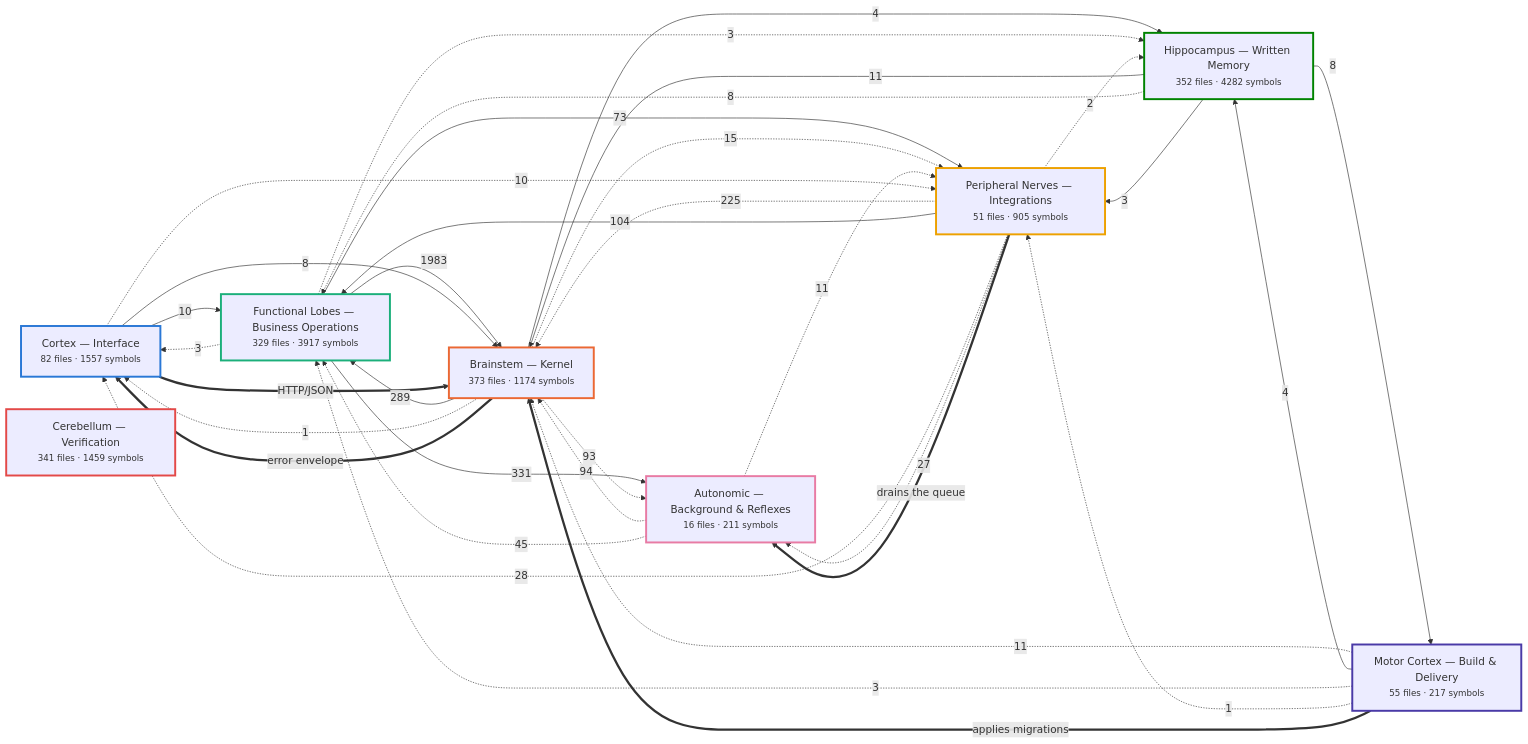
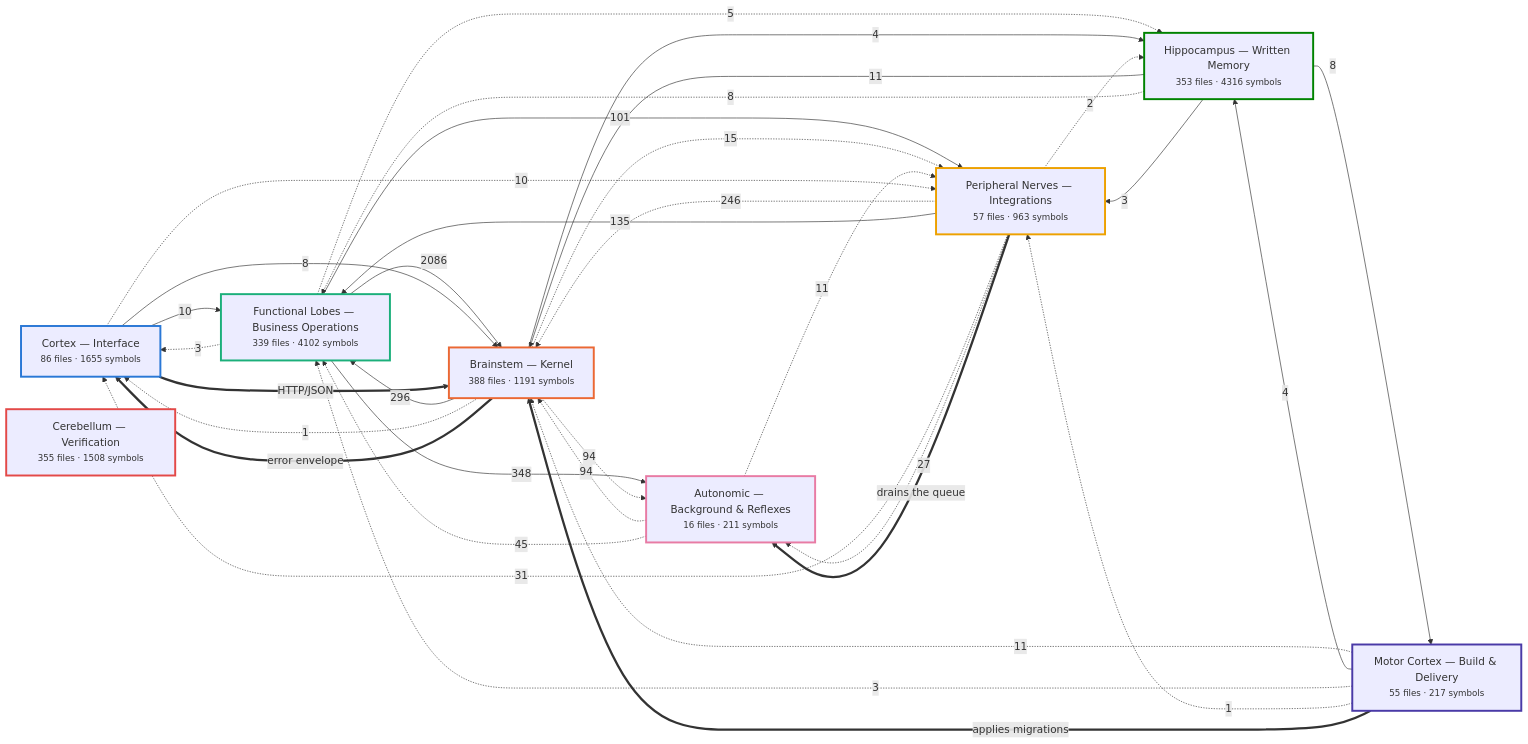
Before and after one commit to Vishalnayak226/custom_erp: the first of 7 diagrams in docs/brain/BRAIN.md, drawn with Mermaid. The commit also changed other lines of this file and 185 other files, not shown here.

````diff
--- a/docs/brain/BRAIN.md
+++ b/docs/brain/BRAIN.md
@@ -35,60 +35,60 @@
 ```mermaid
 flowchart LR
-  n_cortex["Cortex — Interface<br/><small>82 files · 1557 symbols</small>"]
-  n_brainstem["Brainstem — Kernel<br/><small>373 files · 1174 symbols</small>"]
-  n_business["Functional Lobes — Business Operations<br/><small>329 files · 3917 symbols</small>"]
-  n_peripheral["Peripheral Nerves — Integrations<br/><small>51 files · 905 symbols</small>"]
+  n_cortex["Cortex — Interface<br/><small>86 files · 1655 symbols</small>"]
+  n_brainstem["Brainstem — Kernel<br/><small>388 files · 1191 symbols</small>"]
+  n_business["Functional Lobes — Business Operations<br/><small>339 files · 4102 symbols</small>"]
+  n_peripheral["Peripheral Nerves — Integrations<br/><small>57 files · 963 symbols</small>"]
   n_autonomic["Autonomic — Background & Reflexes<br/><small>16 files · 211 symbols</small>"]
-  n_memory["Hippocampus — Written Memory<br/><small>352 files · 4282 symbols</small>"]
+  n_memory["Hippocampus — Written Memory<br/><small>353 files · 4316 symbols</small>"]
   n_motor["Motor Cortex — Build & Delivery<br/><small>55 files · 217 symbols</small>"]
-  n_verification["Cerebellum — Verification<br/><small>341 files · 1459 symbols</small>"]
-  n_business -->|1983| n_brainstem
-  n_business -->|331| n_autonomic
-  n_brainstem -->|289| n_business
-  n_peripheral -.->|225| n_brainstem
-  n_peripheral -->|104| n_business
+  n_verification["Cerebellum — Verification<br/><small>355 files · 1508 symbols</small>"]
+  n_business -->|2086| n_brainstem
+  n_business -->|348| n_autonomic
+  n_brainstem -->|296| n_business
+  n_peripheral -.->|246| n_brainstem
+  n_peripheral -->|135| n_business
+  n_business -->|101| n_peripheral
   n_autonomic -.->|94| n_brainstem
-  n_brainstem -.->|93| n_autonomic
-  n_business -->|73| n_peripheral
+  n_brainstem -.->|94| n_autonomic
   n_autonomic -.->|45| n_business
-  n_peripheral -.->|28| n_cortex
+  n_peripheral -.->|31| n_cortex
   n_peripheral -.->|27| n_autonomic
   n_brainstem -.->|15| n_peripheral
   n_autonomic -.->|11| n_peripheral
   n_memory -->|11| n_brainstem
   n_motor -.->|11| n_brainstem
   n_cortex -->|10| n_business
   n_cortex -.->|10| n_peripheral
   n_cortex -->|8| n_brainstem
   n_memory -.->|8| n_business
   n_memory -->|8| n_motor
+  n_business -.->|5| n_memory
   n_brainstem -->|4| n_memory
   n_motor -->|4| n_memory
   n_business -.->|3| n_cortex
-  n_business -.->|3| n_memory
   n_memory -->|3| n_peripheral
   n_motor -.->|3| n_business
   n_peripheral -.->|2| n_memory
   n_brainstem -.->|1| n_cortex
   n_motor -.->|1| n_peripheral
   n_brainstem ==>|error envelope| n_cortex
   n_cortex ==>|HTTP/JSON| n_brainstem
   n_motor ==>|applies migrations| n_brainstem
   n_peripheral ==>|drains the queue| n_autonomic
   classDef n_cortex stroke:#2a78d6,stroke-width:3px;
   class n_cortex n_cortex;
   classDef n_brainstem stroke:#eb6834,stroke-width:3px;
   class n_brainstem n_brainstem;
   classDef n_business stroke:#1baf7a,stroke-width:3px;
   class n_business n_business;
   classDef n_peripheral stroke:#eda100,stroke-width:3px;
   class n_peripheral n_peripheral;
   classDef n_autonomic stroke:#e87ba4,stroke-width:3px;
   class n_autonomic n_autonomic;
   classDef n_memory stroke:#008300,stroke-width:3px;
   class n_memory n_memory;
   classDef n_motor stroke:#4a3aa7,stroke-width:3px;
   class n_motor n_motor;
   classDef n_verification stroke:#e34948,stroke-width:3px;
   class n_verification n_verification;
 ```
````
